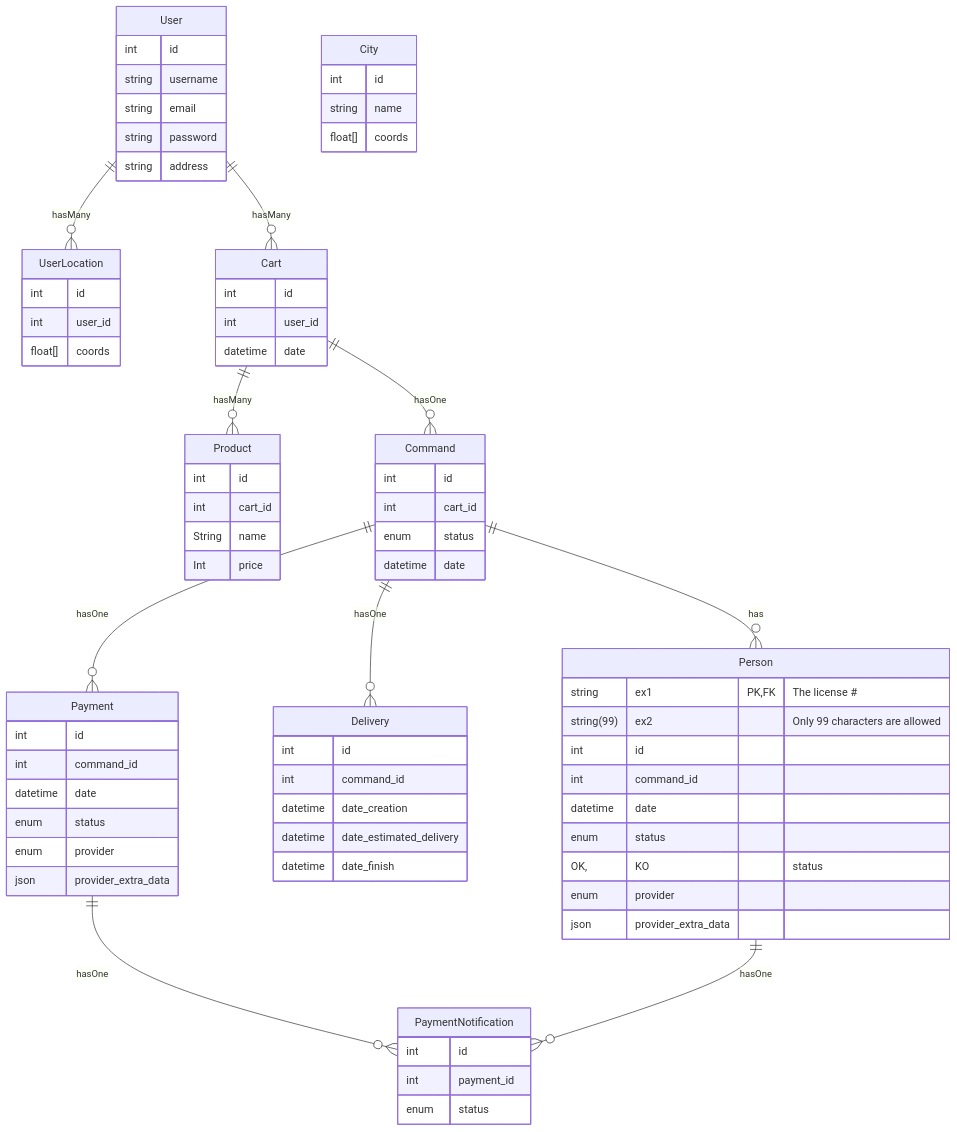
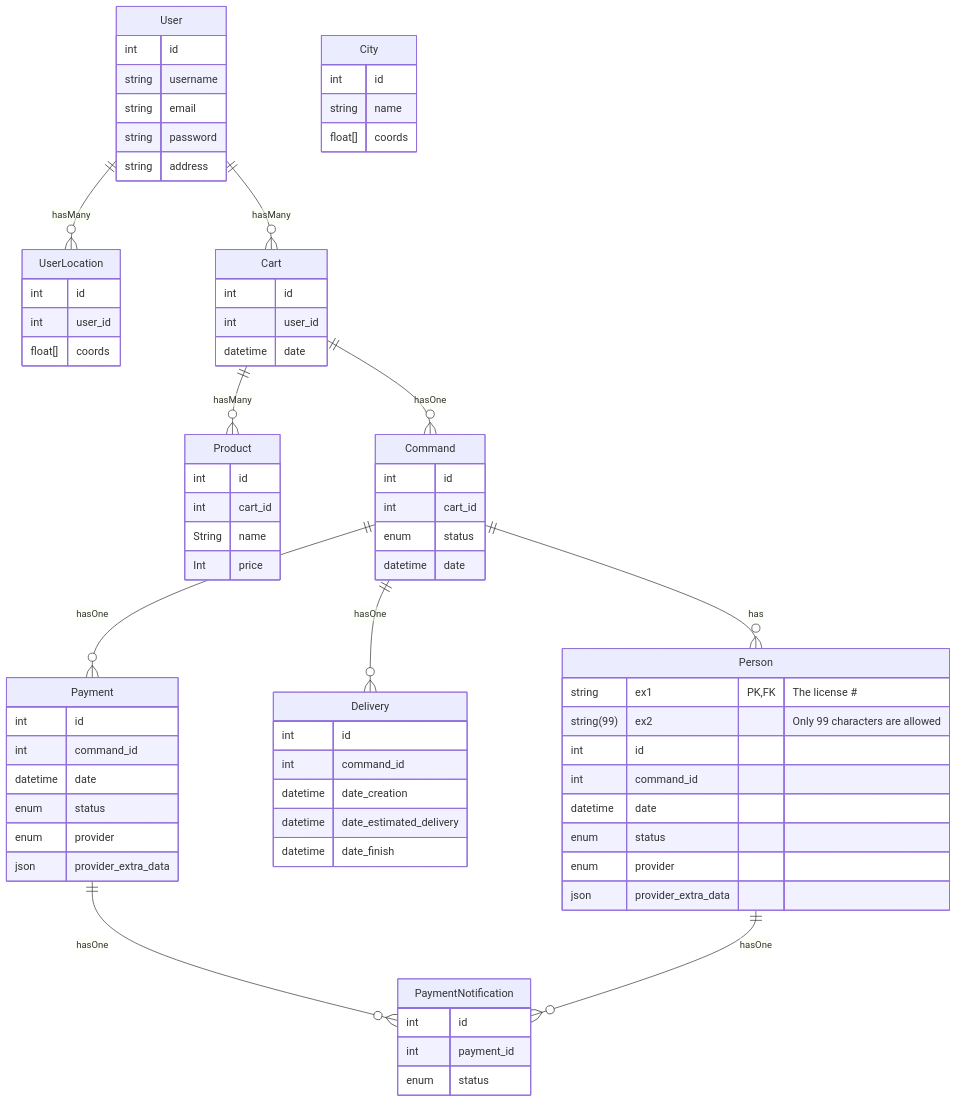
Before and after one commit to joussin/api_allopico_old: the first of 6 diagrams in readme.md, drawn with Mermaid.

```diff
--- a/readme.md
+++ b/readme.md
@@ -113,7 +113,7 @@
             int id
 	     int command_id  
 		 datetime date
-		 enum status OK, KO "status"
+		 enum status
 		 enum provider   
 		 json provider_extra_data
     }
```
